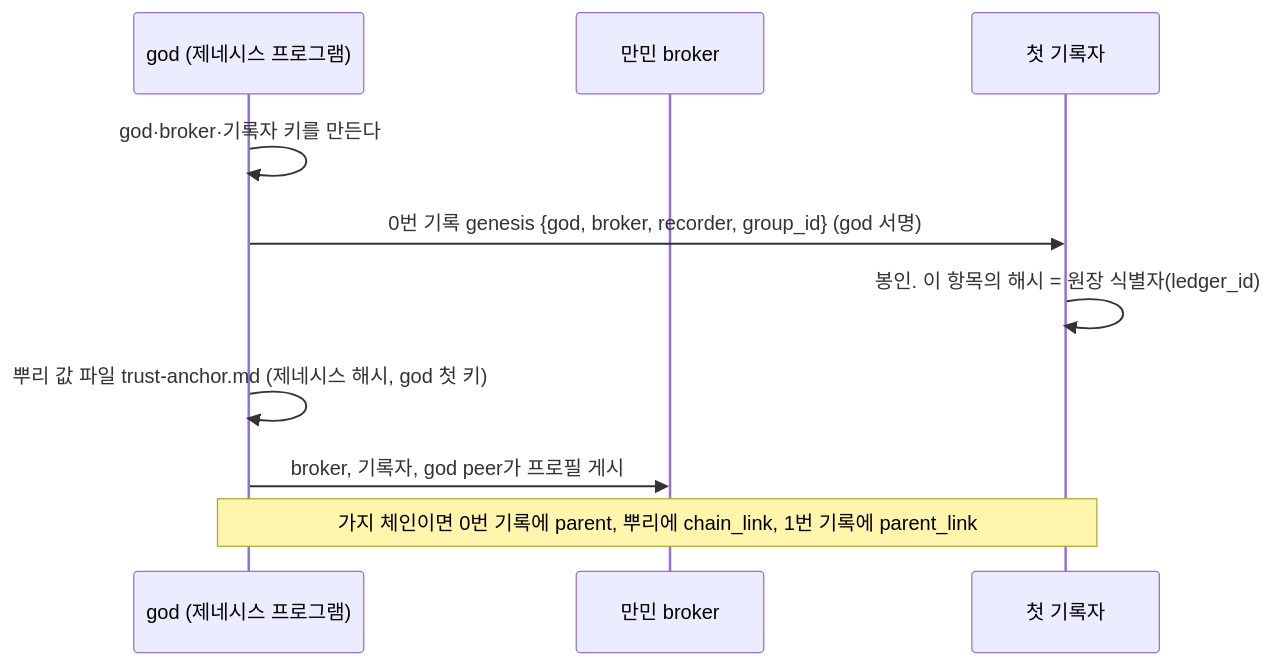
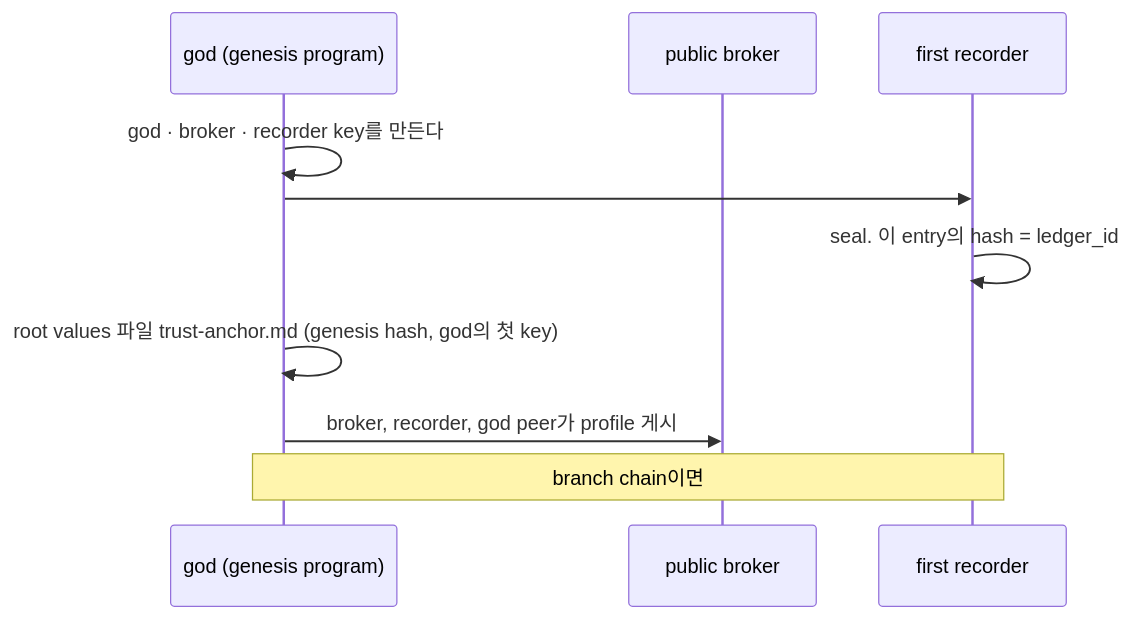
Diagram 12 of 31 in docs/education.md (tanminkwan/share-ur-tokens), drawn with Mermaid before and after one commit. The commit also changed other lines of this file and 27 other files, not shown here.

````diff
--- a/docs/education.md
+++ b/docs/education.md
@@ -292,12 +307,12 @@
 ```mermaid
 sequenceDiagram
-    participant G as god (제네시스 프로그램)
-    participant B as 만민 broker
-    participant R as 첫 기록자
-    G->>G: god·broker·기록자 키를 만든다
-    G->>R: 0번 기록 genesis {god, broker, recorder, group_id} (god 서명)
-    R->>R: 봉인. 이 항목의 해시 = 원장 식별자(ledger_id)
-    G->>G: 뿌리 값 파일 trust-anchor.md (제네시스 해시, god 첫 키)
-    G->>B: broker, 기록자, god peer가 프로필 게시
-    Note over G,R: 가지 체인이면 0번 기록에 parent, 뿌리에 chain_link, 1번 기록에 parent_link
+    participant G as god (genesis program)
+    participant B as public broker
+    participant R as first recorder
+    G->>G: god · broker · recorder key를 만든다
+    G->>R: #0 genesis {god, broker, recorder, group_id} (god signature)
+    R->>R: seal. 이 entry의 hash = ledger_id
+    G->>G: root values 파일 trust-anchor.md (genesis hash, god의 첫 key)
+    G->>B: broker, recorder, god peer가 profile 게시
+    Note over G,R: branch chain이면 #0에 parent, trunk에 chain_link, #1에 parent_link
 ```
````
